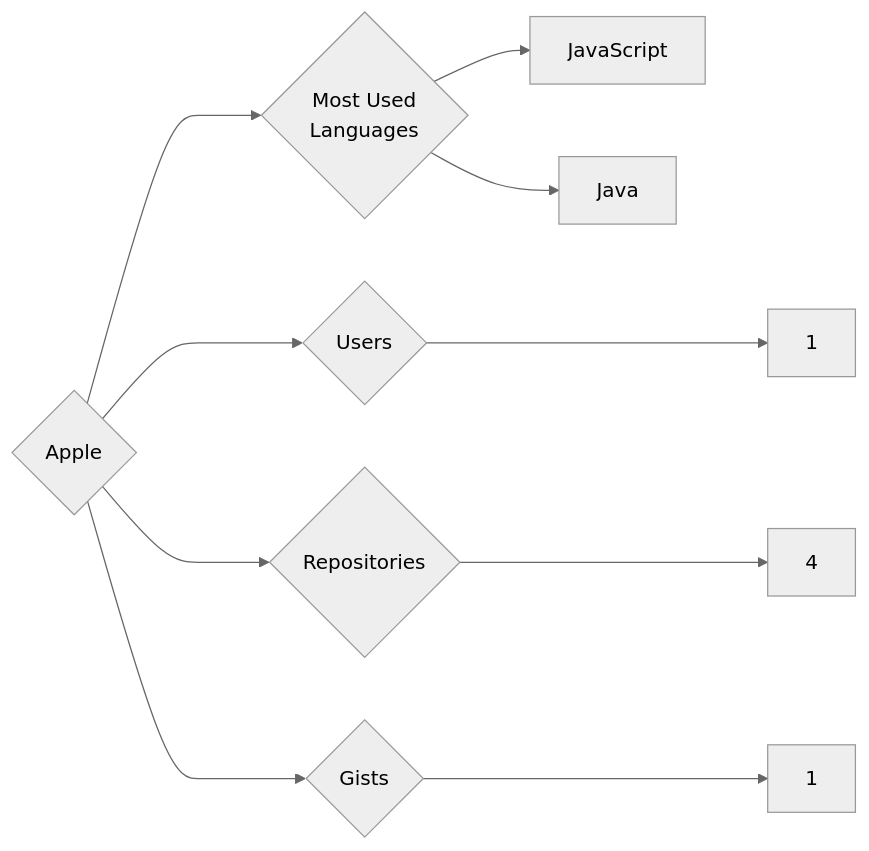
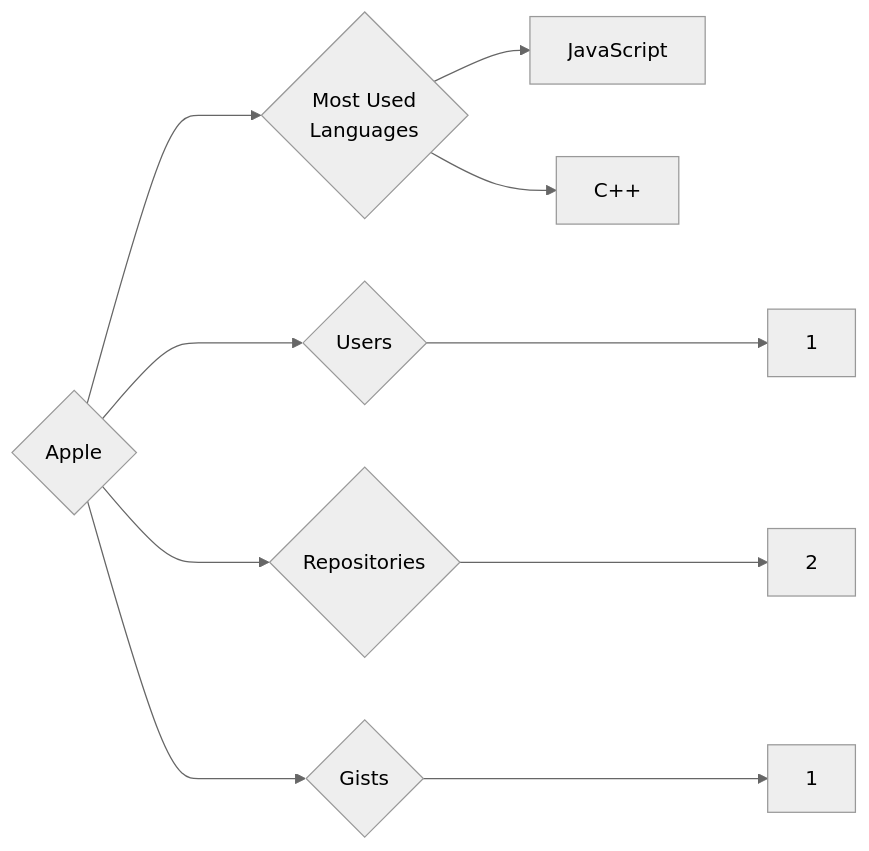
One commit to trickest/insiders changed the diagram in targets/Apple/README.md. Above: the diagram before and after it, drawn with Mermaid (neutral theme). The commit also changed 1036 other files, not shown here.

````diff
--- a/targets/Apple/README.md
+++ b/targets/Apple/README.md
@@ -3,10 +3,10 @@
 ```mermaid
 graph LR
 COMPANY_NAME{Apple}
 COMPANY_NAME ---> U{Users} ---> UN[1]
-COMPANY_NAME ---> R{Repositories} ---> RN[4]
+COMPANY_NAME ---> R{Repositories} ---> RN[2]
 COMPANY_NAME ---> G{Gists} ---> GN[1]
 COMPANY_NAME ---> ML{Most Used<br>Languages}
 ML --> JavaScript[JavaScript]
-ML --> Java[Java]
+ML --> C++[C++]
 ```
````
